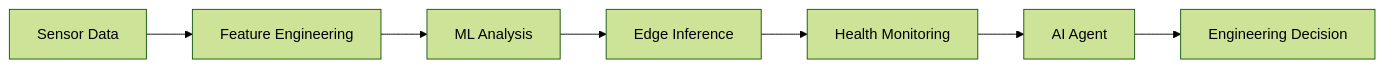
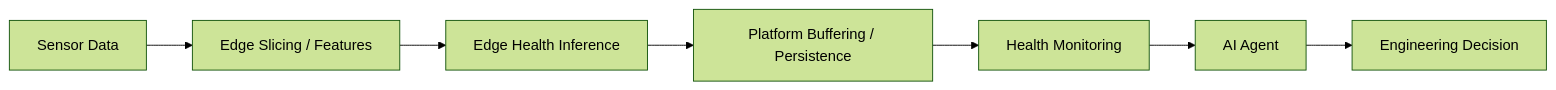
Before and after one commit to jiejiefu/blog: the first of 14 diagrams in content/en/projects/edge-ai-platform-ppt169/index.md, drawn with Mermaid (forest theme). The commit also changed other lines of this file and 4 other files, not shown here.

Commit message:
content: sync Edge AI platform post with updated slides

````diff
--- a/content/en/projects/edge-ai-platform-ppt169/index.md
+++ b/content/en/projects/edge-ai-platform-ppt169/index.md
@@ -41,9 +42,9 @@
 ```mermaid
 flowchart LR
-    A[Sensor Data] --> B[Feature Engineering]
-    B --> C[ML Analysis]
-    C --> D[Edge Inference]
+    A[Sensor Data] --> B[Edge Slicing / Features]
+    B --> C[Edge Health Inference]
+    C --> D[Platform Buffering / Persistence]
     D --> E[Health Monitoring]
     E --> F[AI Agent]
     F --> G[Engineering Decision]
 ```
````
